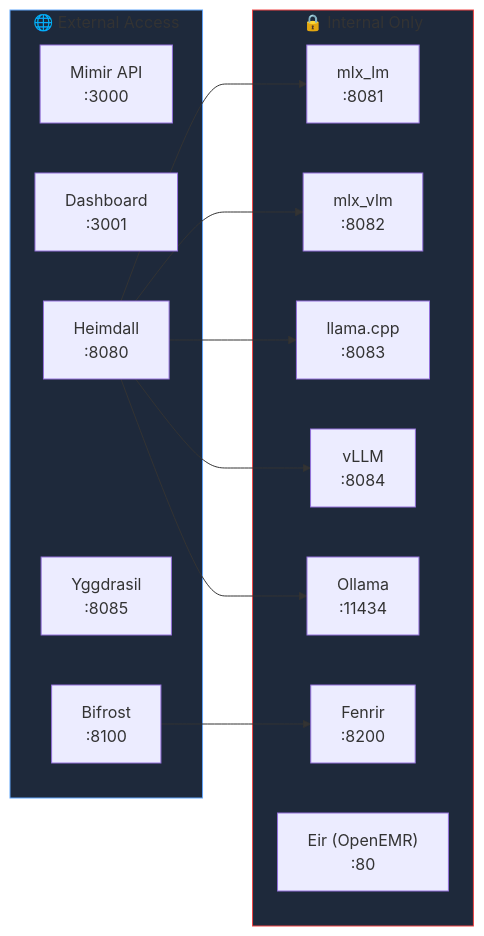
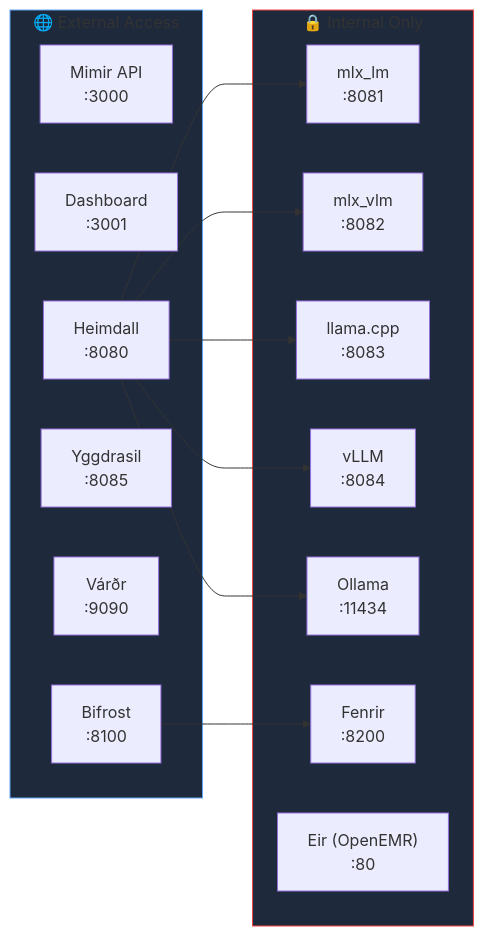
The eighth of 8 diagrams in docs/architecture.md (MegaWiz-Dev-Team/Asgard), drawn with Mermaid before and after one commit. The commit also changed other lines of this file, not shown here.

Commit message:
docs: add Várðr to architecture (7 components, diagrams, network map)

````diff
--- a/docs/architecture.md
+++ b/docs/architecture.md
@@ -298,30 +343,31 @@
 ```mermaid
 graph LR
     subgraph exposed["🌐 External Access"]
         P3000["Mimir API<br/>:3000"]
         P3001["Dashboard<br/>:3001"]
         P8080["Heimdall<br/>:8080"]
         P8085["Yggdrasil<br/>:8085"]
+        P9090["Várðr<br/>:9090"]
         P8100["Bifrost<br/>:8100"]
     end
 
     subgraph internal["🔒 Internal Only"]
         P8081["mlx_lm<br/>:8081"]
         P8082["mlx_vlm<br/>:8082"]
         P8083["llama.cpp<br/>:8083"]
         P8084["vLLM<br/>:8084"]
         P11434["Ollama<br/>:11434"]
         P8200["Fenrir<br/>:8200"]
         P80["Eir (OpenEMR)<br/>:80"]
     end
 
     P8080 --> P8081
     P8080 --> P8082
     P8080 --> P8083
     P8080 --> P8084
     P8080 --> P11434
     P8100 --> P8200
 
     style exposed fill:#1e293b,stroke:#60a5fa
     style internal fill:#1e293b,stroke:#ef4444
 ```
````
